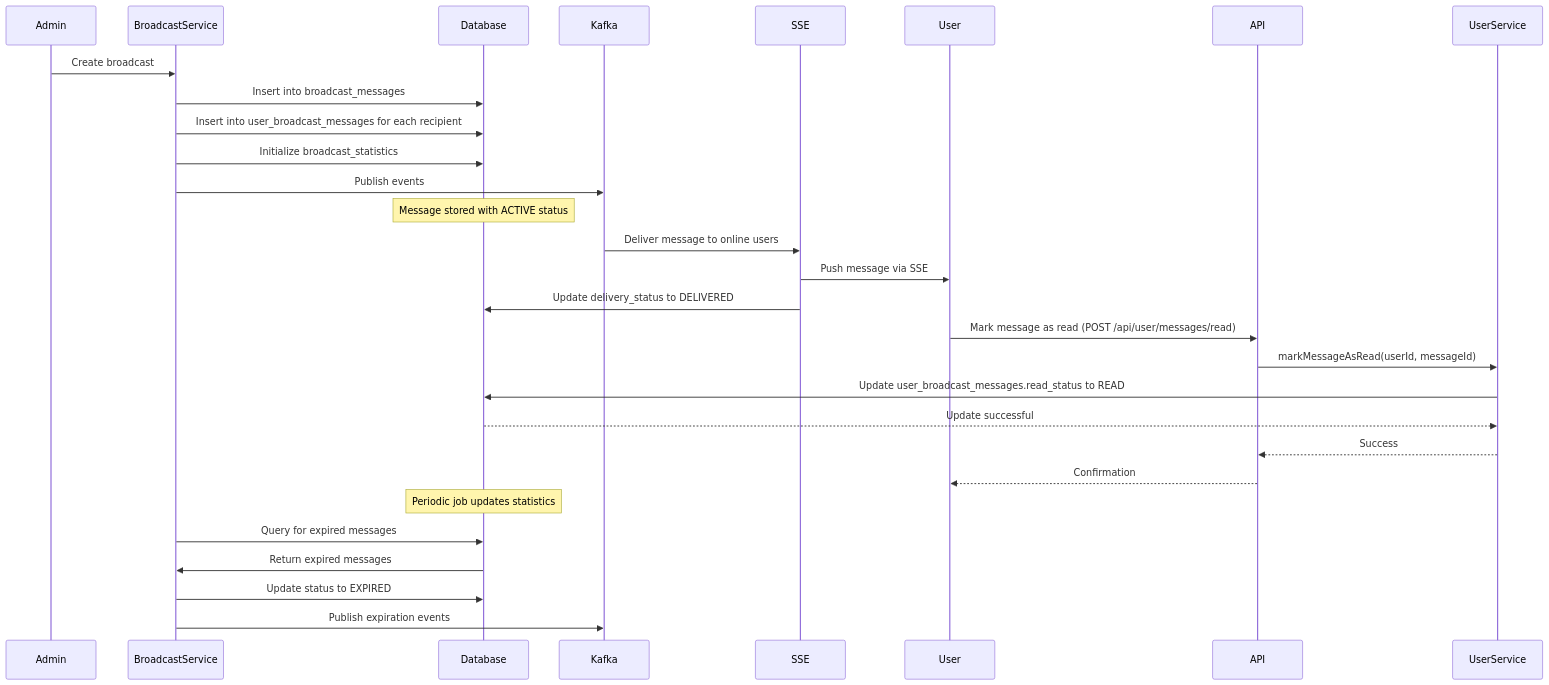
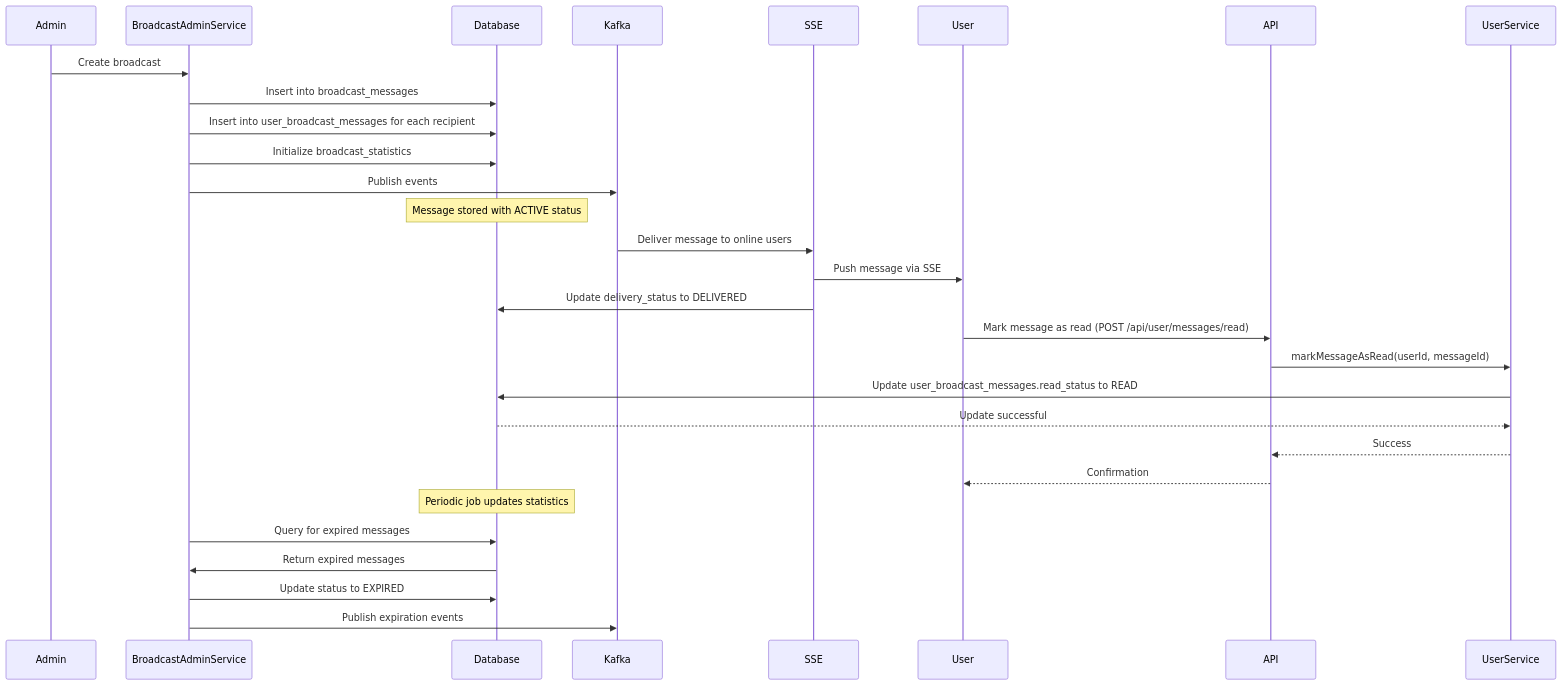
Before and after one commit to rsrini7/Notification-SSE-GLM-Flux: the diagram in broadcast-microservice/docs/06_database_schema_design.md, drawn with Mermaid. The commit also changed 8 other files, not shown here.

First line of the commit message:
refactor: rename broadcast-microservice to broadcast-admin-service and broadcast-user-service

````diff
--- a/broadcast-microservice/docs/06_database_schema_design.md
+++ b/broadcast-microservice/docs/06_database_schema_design.md
@@ -96,35 +96,35 @@
 ```mermaid
 sequenceDiagram
     participant Admin
-    participant BroadcastService
+    participant BroadcastAdminService
     participant Database
     participant Kafka
     participant SSE
     participant User
 
-    Admin->>BroadcastService: Create broadcast
-    BroadcastService->>Database: Insert into broadcast_messages
-    BroadcastService->>Database: Insert into user_broadcast_messages for each recipient
-    BroadcastService->>Database: Initialize broadcast_statistics
-    BroadcastService->>Kafka: Publish events
+    Admin->>BroadcastAdminService: Create broadcast
+    BroadcastAdminService->>Database: Insert into broadcast_messages
+    BroadcastAdminService->>Database: Insert into user_broadcast_messages for each recipient
+    BroadcastAdminService->>Database: Initialize broadcast_statistics
+    BroadcastAdminService->>Kafka: Publish events
     
     Note over Database: Message stored with ACTIVE status
     
     Kafka->>SSE: Deliver message to online users
     SSE->>User: Push message via SSE
     SSE->>Database: Update delivery_status to DELIVERED
     
     User->>API: Mark message as read (POST /api/user/messages/read)
     API->>UserService: markMessageAsRead(userId, messageId)
     UserService->>Database: Update user_broadcast_messages.read_status to READ
     Database-->>UserService: Update successful
     UserService-->>API: Success
     API-->>User: Confirmation
     
     Note over Database: Periodic job updates statistics
     
-    BroadcastService->>Database: Query for expired messages
-    Database->>BroadcastService: Return expired messages
-    BroadcastService->>Database: Update status to EXPIRED
-    BroadcastService->>Kafka: Publish expiration events
+    BroadcastAdminService->>Database: Query for expired messages
+    Database->>BroadcastAdminService: Return expired messages
+    BroadcastAdminService->>Database: Update status to EXPIRED
+    BroadcastAdminService->>Kafka: Publish expiration events
 ```
````
